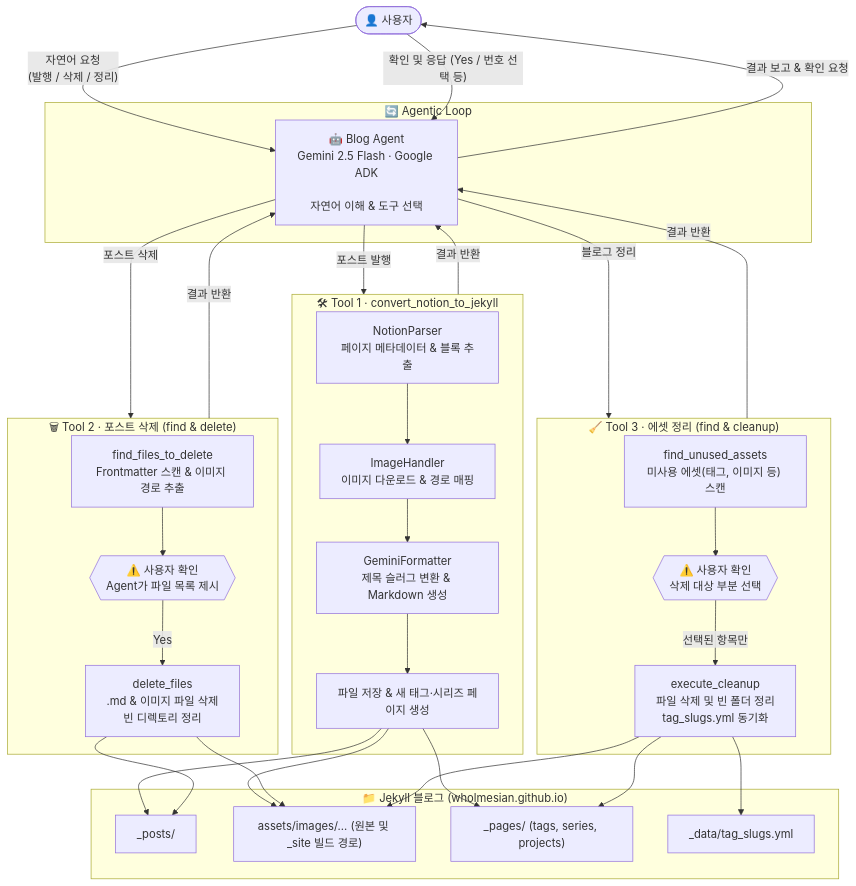
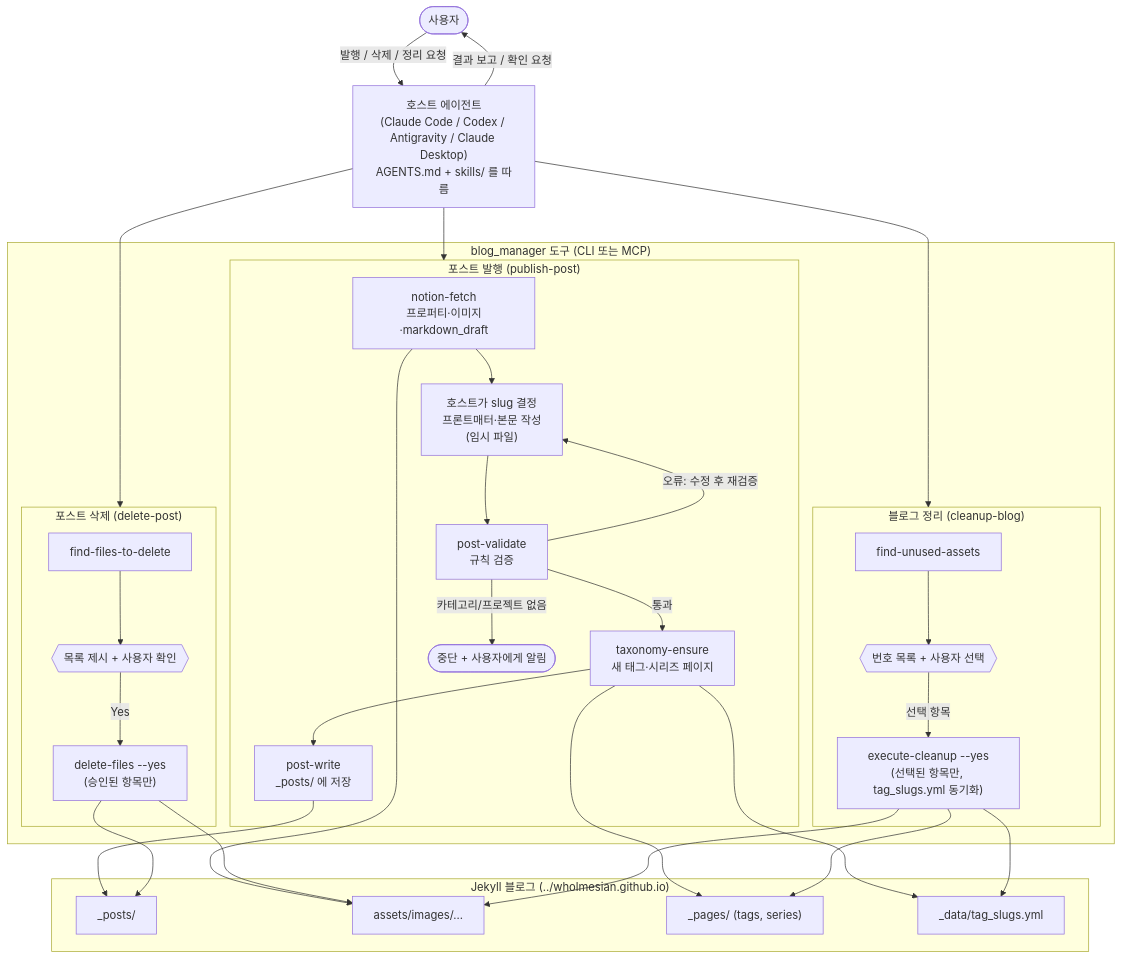
One commit to wholmesian/blog-agent changed the diagram in README.md. Above: the diagram before and after it, drawn with Mermaid. The commit also changed other lines of this file and 11 other files, not shown here.

First line of the commit message:
Rewrite agent instructions, add skills and README

````diff
--- a/README.md
+++ b/README.md
@@ -39,60 +42,55 @@
 ```mermaid
 flowchart TD
-    User(["👤 사용자"])
+    User(["사용자"])
+    Host["호스트 에이전트\n(Claude Code / Codex / Antigravity / Claude Desktop)\nAGENTS.md + skills/ 를 따름"]
 
-    subgraph AgentLoop["🔄 Agentic Loop"]
-        LLM["🤖 Blog Agent\nGemini 2.5 Flash · Google ADK\n\n자연어 이해 & 도구 선택"]
+    subgraph Tools["blog_manager 도구 (CLI 또는 MCP)"]
+        subgraph Publish["포스트 발행 (publish-post)"]
+            P1["notion-fetch\n프로퍼티·이미지·markdown_draft"]
+            P2["호스트가 slug 결정\n프론트매터·본문 작성\n(임시 파일)"]
+            P3["post-validate\n규칙 검증"]
+            P4["taxonomy-ensure\n새 태그·시리즈 페이지"]
+            P5["post-write\n_posts/ 에 저장"]
+            P1 --> P2 --> P3
+            P3 -->|"오류: 수정 후 재검증"| P2
+            P3 -->|"카테고리/프로젝트 없음"| Stop(["중단 + 사용자에게 알림"])
+            P3 -->|"통과"| P4 --> P5
+        end
+
+        subgraph Delete["포스트 삭제 (delete-post)"]
+            D1["find-files-to-delete"]
+            D2{{"목록 제시 + 사용자 확인"}}
+            D3["delete-files --yes\n(승인된 항목만)"]
+            D1 --> D2 -->|"Yes"| D3
+        end
+
+        subgraph Cleanup["블로그 정리 (cleanup-blog)"]
+            C1["find-unused-assets"]
+            C2{{"번호 목록 + 사용자 선택"}}
+            C3["execute-cleanup --yes\n(선택된 항목만, tag_slugs.yml 동기화)"]
+            C1 --> C2 -->|"선택 항목"| C3
+        end
     end
 
-    subgraph T1["🛠 Tool 1 · convert_notion_to_jekyll"]
-        N1["NotionParser\n페이지 메타데이터 & 블록 추출"]
-        N2["ImageHandler\n이미지 다운로드 & 경로 매핑"]
-        N3["GeminiFormatter\n제목 슬러그 변환 & Markdown 생성"]
-        N4["파일 저장 & 새 태그·시리즈 페이지 생성"]
-        N1 --> N2 --> N3 --> N4
-    end
-
-    subgraph T2["🗑 Tool 2 · 포스트 삭제 (find & delete)"]
-        D1["find_files_to_delete\nFrontmatter 스캔 & 이미지 경로 추출"]
-        D2{{"⚠️ 사용자 확인\nAgent가 파일 목록 제시"}}
-        D3["delete_files\n.md & 이미지 파일 삭제\n빈 디렉토리 정리"]
-        D1 --> D2 -->|"Yes"| D3
-    end
-
-    subgraph T3["🧹 Tool 3 · 에셋 정리 (find & cleanup)"]
-        C1["find_unused_assets\n미사용 에셋(태그, 이미지 등) 스캔"]
-        C2{{"⚠️ 사용자 확인\n삭제 대상 부분 선택"}}
-        C3["execute_cleanup\n파일 삭제 및 빈 폴더 정리\ntag_slugs.yml 동기화"]
-        C1 --> C2 -->|"선택된 항목만"| C3
-    end
-
-    subgraph Jekyll["📁 Jekyll 블로그 (wholmesian.github.io)"]
+    subgraph Jekyll["Jekyll 블로그 (../wholmesian.github.io)"]
         J1["_posts/"]
-        J2["assets/images/... (원본 및 _site 빌드 경로)"]
-        J3["_pages/ (tags, series, projects)"]
+        J2["assets/images/..."]
+        J3["_pages/ (tags, series)"]
         J4["_data/tag_slugs.yml"]
     end
 
-    User -->|"자연어 요청\n(발행 / 삭제 / 정리)"| LLM
-    LLM -->|"포스트 발행"| T1
-    LLM -->|"포스트 삭제"| T2
-    LLM -->|"블로그 정리"| T3
-    
-    N4 --> J1
-    N4 --> J2
-    N4 --> J3
-    
+    User -->|"발행 / 삭제 / 정리 요청"| Host
+    Host --> Publish
+    Host --> Delete
+    Host --> Cleanup
+    P1 --> J2
+    P4 --> J3
+    P4 --> J4
+    P5 --> J1
     D3 --> J1
     D3 --> J2
-    
     C3 --> J2
     C3 --> J3
     C3 --> J4
-    
-    T1 -->|"결과 반환"| LLM
-    T2 -->|"결과 반환"| LLM
-    T3 -->|"결과 반환"| LLM
-    
-    LLM -->|"결과 보고 & 확인 요청"| User
-    User -->|"확인 및 응답 (Yes / 번호 선택 등)"| LLM
+    Host -->|"결과 보고 / 확인 요청"| User
 ```
````
